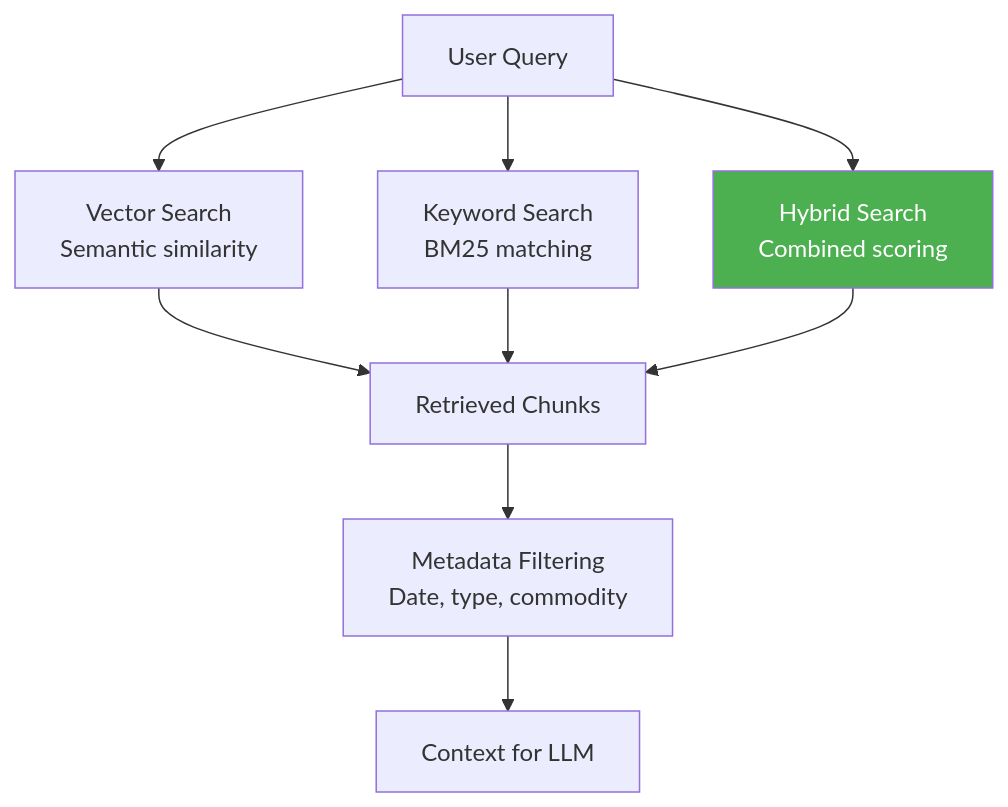
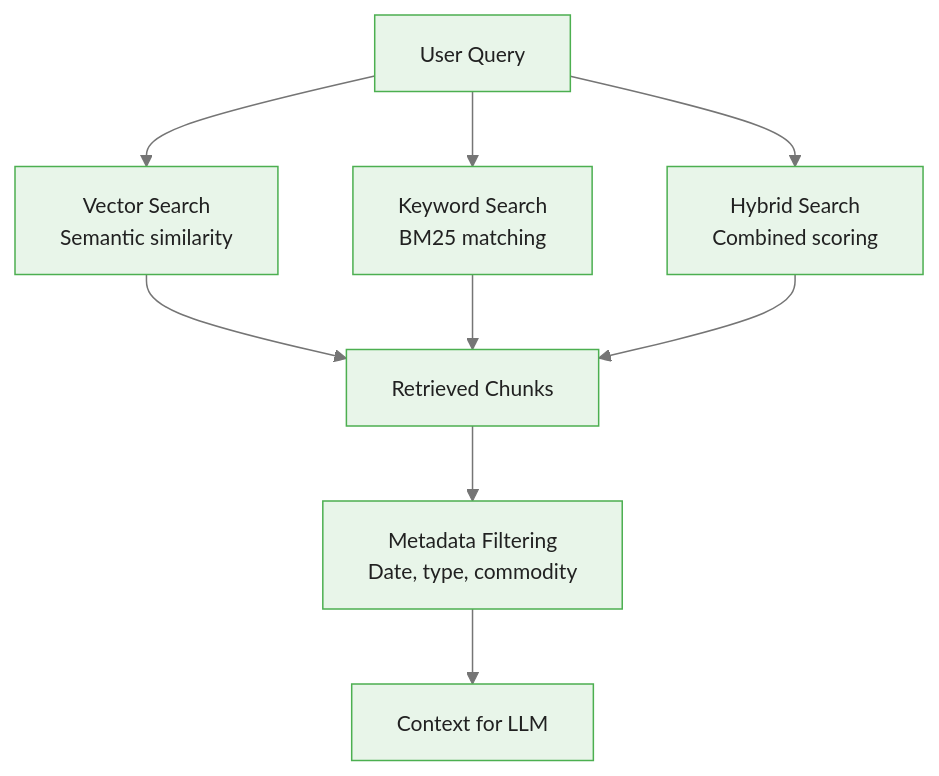
Before and after one commit to m-deane/course-creator: the third of 5 diagrams in courses/dataiku-genai/modules/module_02_rag/guides/01_knowledge_banks_slides.md, drawn with Mermaid. The commit also changed other lines of this file and 54 other files, not shown here.

````diff
--- a/courses/dataiku-genai/modules/module_02_rag/guides/01_knowledge_banks_slides.md
+++ b/courses/dataiku-genai/modules/module_02_rag/guides/01_knowledge_banks_slides.md
@@ -218,15 +223,14 @@
 ```mermaid
+%%{init: {"theme": "base", "themeVariables": {"primaryColor": "#e8f5e9", "primaryBorderColor": "#4caf50", "primaryTextColor": "#212121", "secondaryColor": "#e3f2fd", "tertiaryColor": "#fff8e1", "lineColor": "#757575", "fontFamily": "Inter, sans-serif", "fontSize": "14px"}}}%%
 graph TB
     Q[User Query] --> VEC[Vector Search<br/>Semantic similarity]
     Q --> KW[Keyword Search<br/>BM25 matching]
     Q --> HYB[Hybrid Search<br/>Combined scoring]
 
     VEC --> RES[Retrieved Chunks]
     KW --> RES
     HYB --> RES
 
     RES --> FILT[Metadata Filtering<br/>Date, type, commodity]
     FILT --> CTX[Context for LLM]
-
-    style HYB fill:#4CAF50,color:#fff
 ```
````
